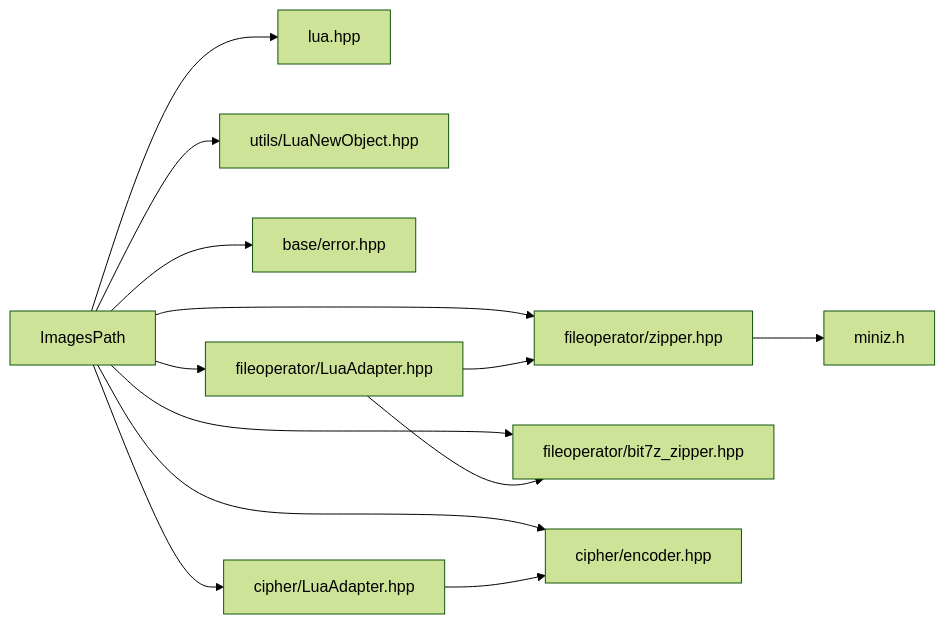
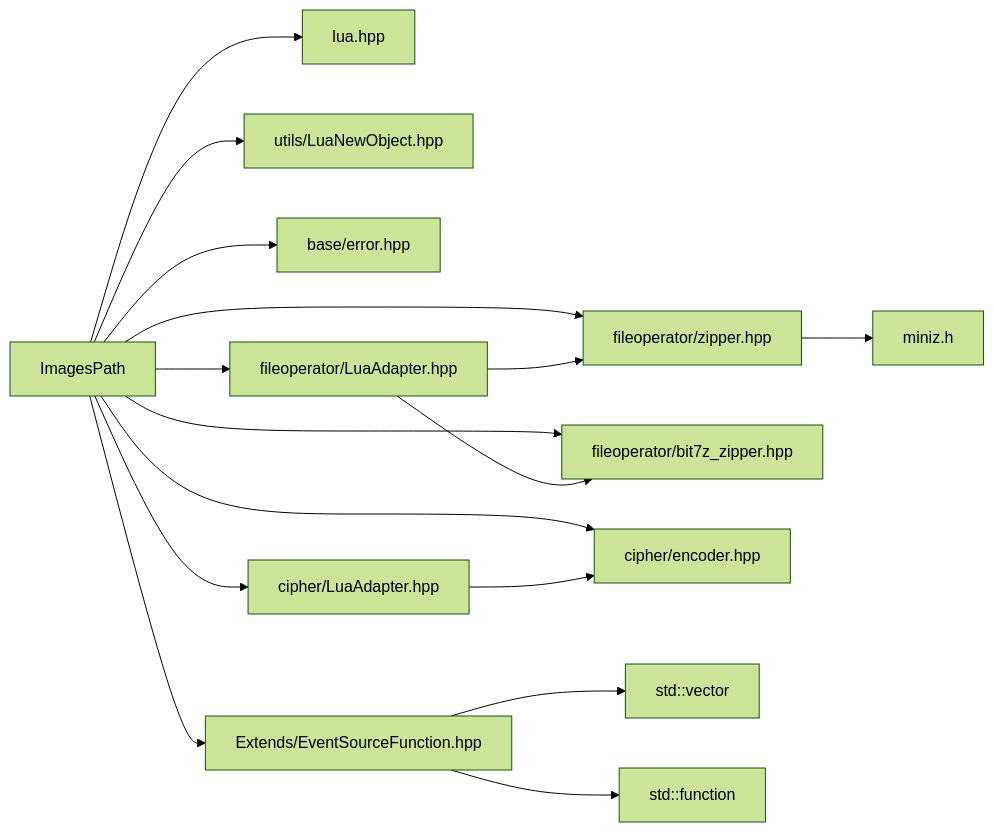
The fifth of 5 diagrams in .qoder/repowiki/zh/content/核心模块详解/路径输出/图像路径输出.md (hsmbanlance/HsBaSlicer), drawn with Mermaid (forest theme) before and after one commit. The commit also changed other lines of this file and 14 other files, not shown here.

````diff
--- a/.qoder/repowiki/zh/content/核心模块详解/路径输出/图像路径输出.md
+++ b/.qoder/repowiki/zh/content/核心模块详解/路径输出/图像路径输出.md
@@ -186,15 +238,18 @@
 ```mermaid
 graph LR
 ImagesPath --> Lua[lua.hpp]
 ImagesPath --> LuaNewObject[utils/LuaNewObject.hpp]
 ImagesPath --> Zipper[fileoperator/zipper.hpp]
 ImagesPath --> Bit7zZipper[fileoperator/bit7z_zipper.hpp]
 ImagesPath --> Encoder[cipher/encoder.hpp]
 ImagesPath --> Error[base/error.hpp]
 ImagesPath --> LuaAdapter[fileoperator/LuaAdapter.hpp]
 ImagesPath --> CipherAdapter[cipher/LuaAdapter.hpp]
+ImagesPath --> EventSource[Extends/EventSourceFunction.hpp]
 Zipper --> Miniz[miniz.h]
 LuaAdapter --> Zipper
 LuaAdapter --> Bit7zZipper
 CipherAdapter --> Encoder
+EventSource --> Vector[std::vector]
+EventSource --> Function[std::function]
 ```
````
